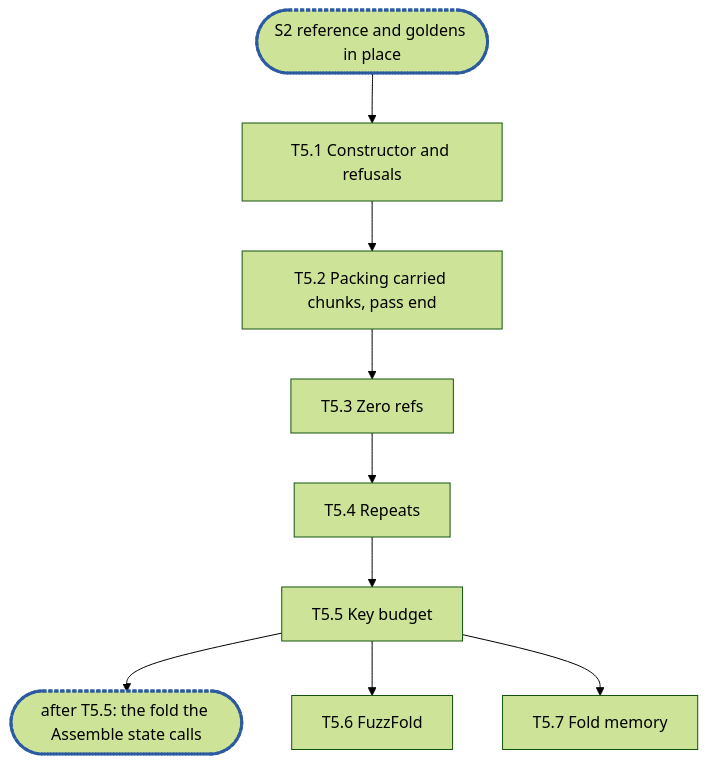
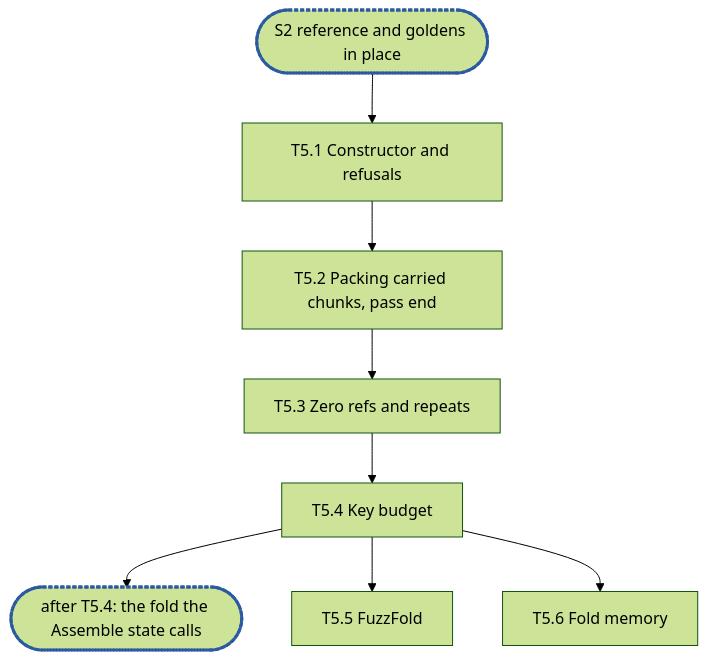
One commit to cubbit/dittofs changed the diagram in .planning/rfc-2-carver-epic5.md. Above: the diagram before and after it, drawn with Mermaid (forest theme). The commit also changed other lines of this file, not shown here.

Commit message:
docs(planning): fold the review passes into RFC 2 epic 5

````diff
--- a/.planning/rfc-2-carver-epic5.md
+++ b/.planning/rfc-2-carver-epic5.md
@@ -497,10 +494,10 @@
 ```mermaid
 flowchart TD
   S2(["S2 reference and goldens in place"]):::sync --> T5_1["T5.1 Constructor and refusals"]
   T5_1 --> T5_2["T5.2 Packing carried chunks, pass end"]
-  T5_2 --> T5_3["T5.3 Zero refs"] --> T5_4["T5.4 Repeats"] --> T5_5["T5.5 Key budget"]
-  T5_5 --> C1(["after T5.5: the fold the Assemble state calls"]):::sync
-  T5_5 --> T5_6["T5.6 FuzzFold"]
-  T5_5 --> T5_7["T5.7 Fold memory"]
+  T5_2 --> T5_3["T5.3 Zero refs and repeats"] --> T5_4["T5.4 Key budget"]
+  T5_4 --> C1(["after T5.4: the fold the Assemble state calls"]):::sync
+  T5_4 --> T5_5["T5.5 FuzzFold"]
+  T5_4 --> T5_6["T5.6 Fold memory"]
   classDef sync stroke:#2c5aa0,stroke-width:3px,stroke-dasharray:4 2
 ```
````
